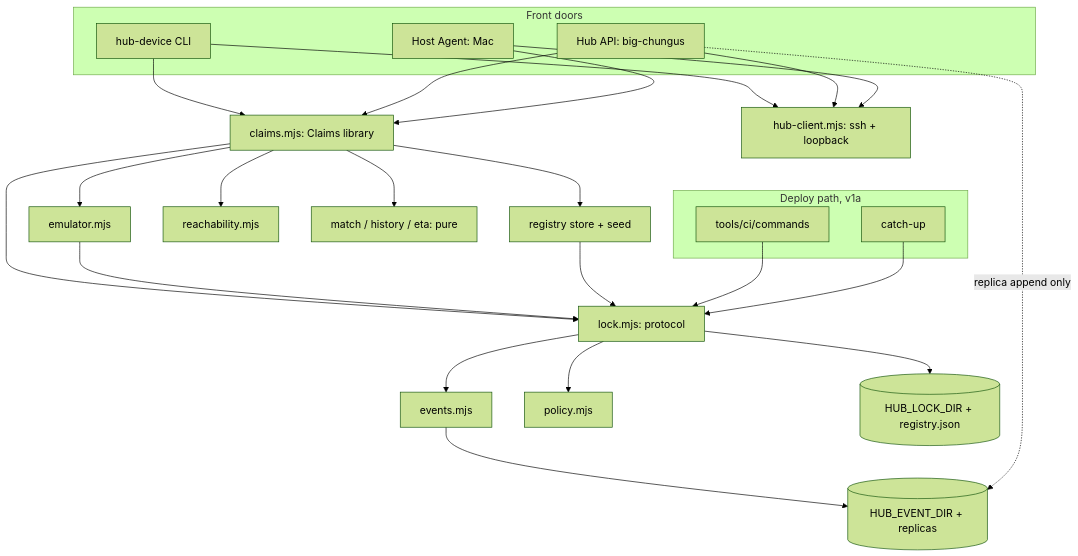
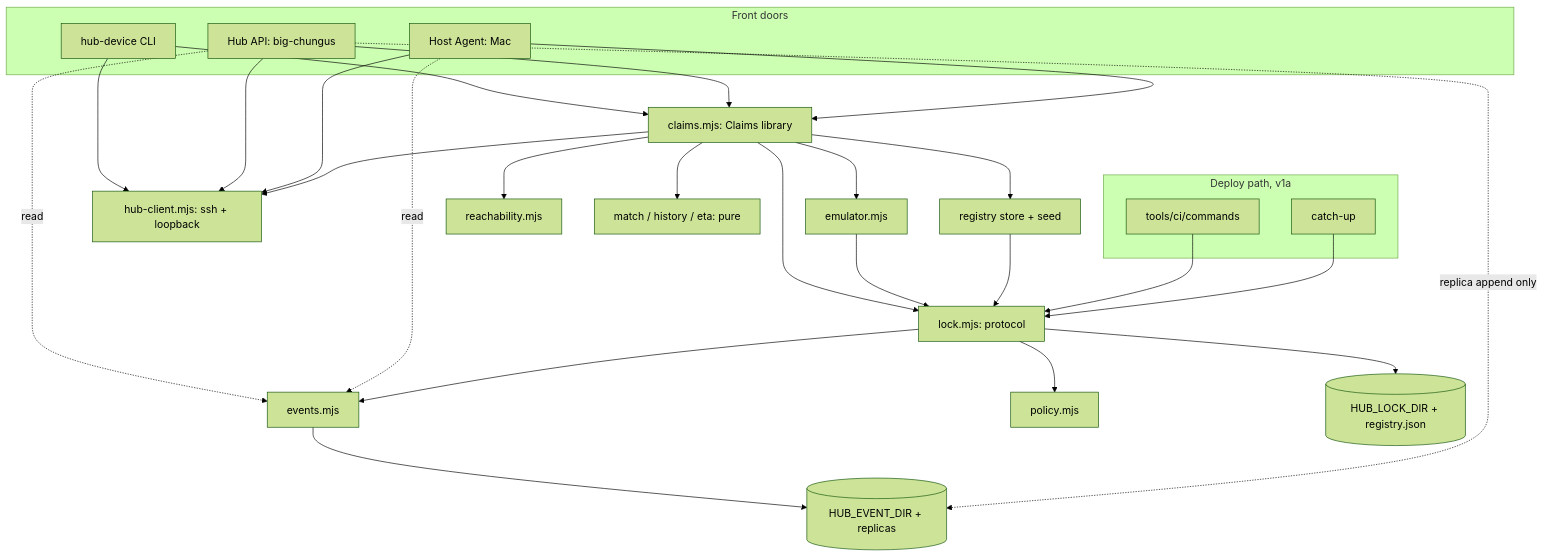
The first of 2 diagrams in _bmad-output/planning-artifacts/architecture/architecture-mobile-deploy-hub-v1b-2026-11-24/ARCHITECTURE-SPINE.md (delorenj/mobile-deploy-hub), drawn with Mermaid (forest theme) before and after one commit. The commit also changed other lines of this file and 3 other files, not shown here.

Commit message:
docs(arch): v1b architecture spine final (AD-23..AD-49, reviewer gate passed)

````diff
--- a/_bmad-output/planning-artifacts/architecture/architecture-mobile-deploy-hub-v1b-2026-11-24/ARCHITECTURE-SPINE.md
+++ b/_bmad-output/planning-artifacts/architecture/architecture-mobile-deploy-hub-v1b-2026-11-24/ARCHITECTURE-SPINE.md
@@ -79,43 +79,46 @@
 ```mermaid
 flowchart TD
   subgraph front[Front doors]
     cli[hub-device CLI]
     api[Hub API: big-chungus]
     agent[Host Agent: Mac]
   end
   subgraph deploy[Deploy path, v1a]
     cmds[tools/ci/commands]
     cu[catch-up]
   end
   claims[claims.mjs: Claims library]
   client[hub-client.mjs: ssh + loopback]
   store[registry store + seed]
   reach[reachability.mjs]
   pure[match / history / eta: pure]
   emu[emulator.mjs]
   lock[lock.mjs: protocol]
   events[events.mjs]
   policy[policy.mjs]
   lockdir[(HUB_LOCK_DIR + registry.json)]
   evdir[(HUB_EVENT_DIR + replicas)]
   cli --> claims
   api --> claims
   agent --> claims
   cli --> client
   api --> client
   agent --> client
   claims --> store
   claims --> reach
   claims --> pure
   claims --> emu
   claims --> lock
+  claims --> client
+  api -. read .-> events
+  agent -. read .-> events
   emu --> lock
   store --> lock
   cmds --> lock
   cu --> lock
   lock --> events
   lock --> policy
   lock --> lockdir
   events --> evdir
   api -. replica append only .-> evdir
 ```
````
